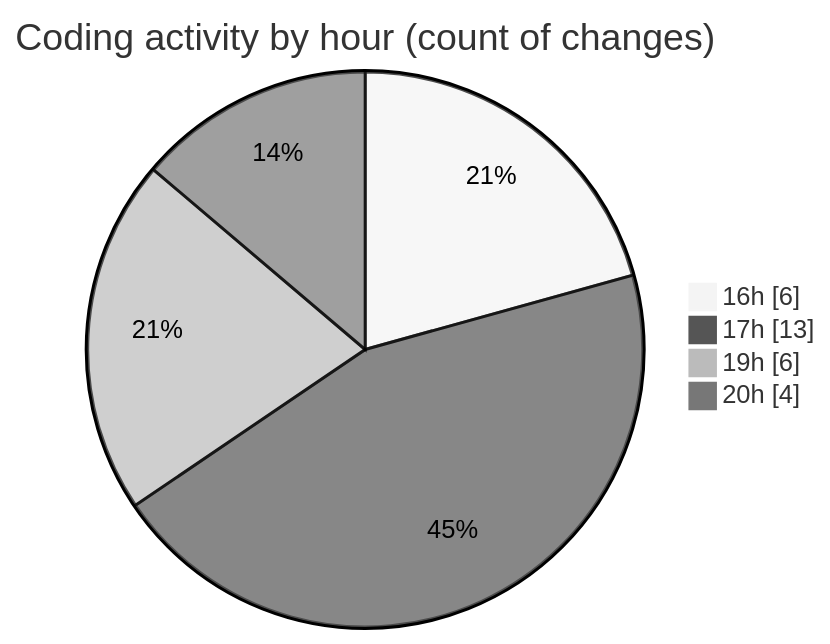
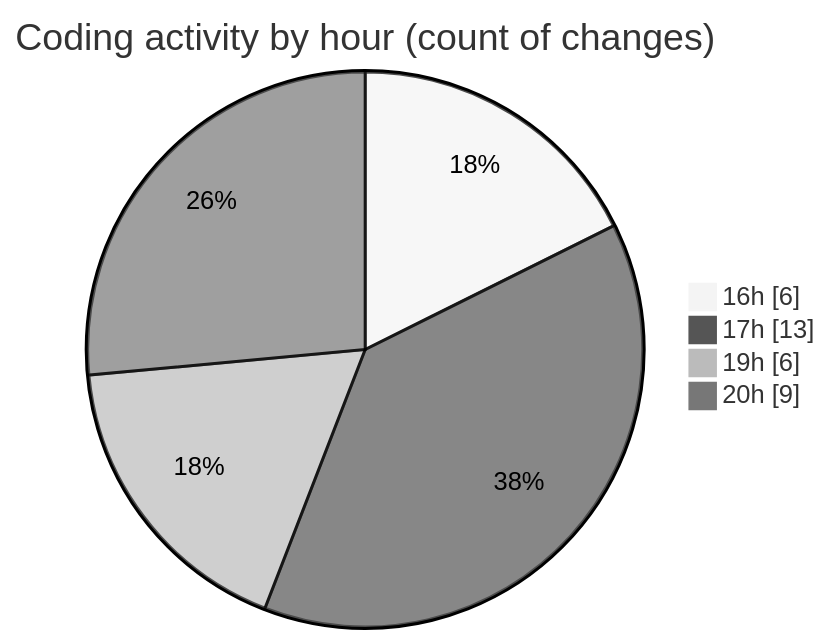
One commit to idhammustaqopulfikri/code-tracking changed the second of 2 diagrams in 2025-06-22/studio-backend/README.md. Above: the diagram before and after it, drawn with Mermaid (neutral theme). The commit also changed other lines of this file and 1 other file, not shown here.

````diff
--- a/2025-06-22/studio-backend/README.md
+++ b/2025-06-22/studio-backend/README.md
@@ -34,8 +36,8 @@
 ```mermaid
 pie showData
 title Coding activity by hour (count of changes)
 "16h" : 6
 "17h" : 13
 "19h" : 6
-"20h" : 4
+"20h" : 9
 ```
````
